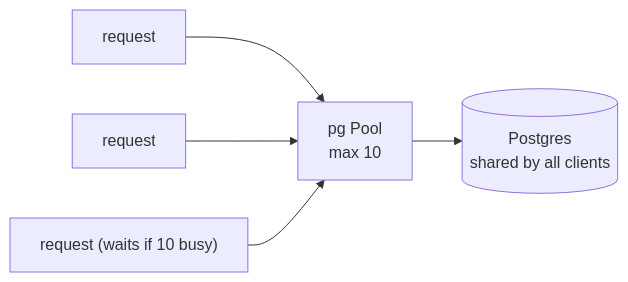
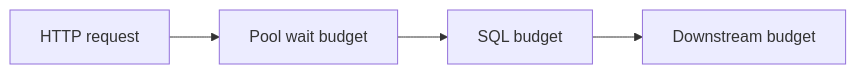
Before and after one commit to maheshnd/minitickets: the diagram in docs/handbook/concepts/connection-pooling.md, drawn with Mermaid. The commit also changed other lines of this file and 182 other files, not shown here.

````diff
--- a/docs/handbook/concepts/connection-pooling.md
+++ b/docs/handbook/concepts/connection-pooling.md
@@ -19,7 +17,7 @@
 ```mermaid
 flowchart LR
-    r1["request"] --> pool["pg Pool<br/>max 10"]
-    r2["request"] --> pool
-    r3["request (waits if 10 busy)"] --> pool
-    pool --> pg[("Postgres<br/>shared by all clients")]
+    n0["HTTP request"] --> n1
+    n1["Pool wait budget"] --> n2
+    n2["SQL budget"] --> n3
+    n3["Downstream budget"]
 ```
````
